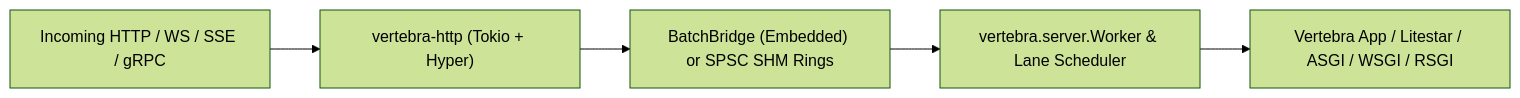
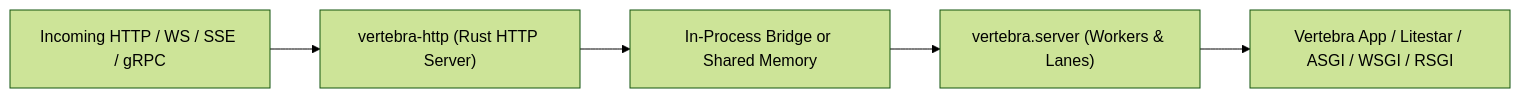
One commit to cofin/vertebra changed the diagram in docs/getting-started/index.md. Above: the diagram before and after it, drawn with Mermaid (forest theme). The commit also changed other lines of this file and 63 other files, not shown here.

````diff
--- a/docs/getting-started/index.md
+++ b/docs/getting-started/index.md
@@ -16,7 +16,7 @@
 ```mermaid
 flowchart LR
-    Req["Incoming HTTP / WS / SSE / gRPC"] --> Ingress["vertebra-http (Tokio + Hyper)"]
-    Ingress --> Transport["BatchBridge (Embedded) or SPSC SHM Rings"]
-    Transport --> Worker["vertebra.server.Worker & Lane Scheduler"]
+    Req["Incoming HTTP / WS / SSE / gRPC"] --> Ingress["vertebra-http (Rust HTTP Server)"]
+    Ingress --> Transport["In-Process Bridge or Shared Memory"]
+    Transport --> Worker["vertebra.server (Workers & Lanes)"]
     Worker --> App["Vertebra App / Litestar / ASGI / WSGI / RSGI"]
 ```
````
